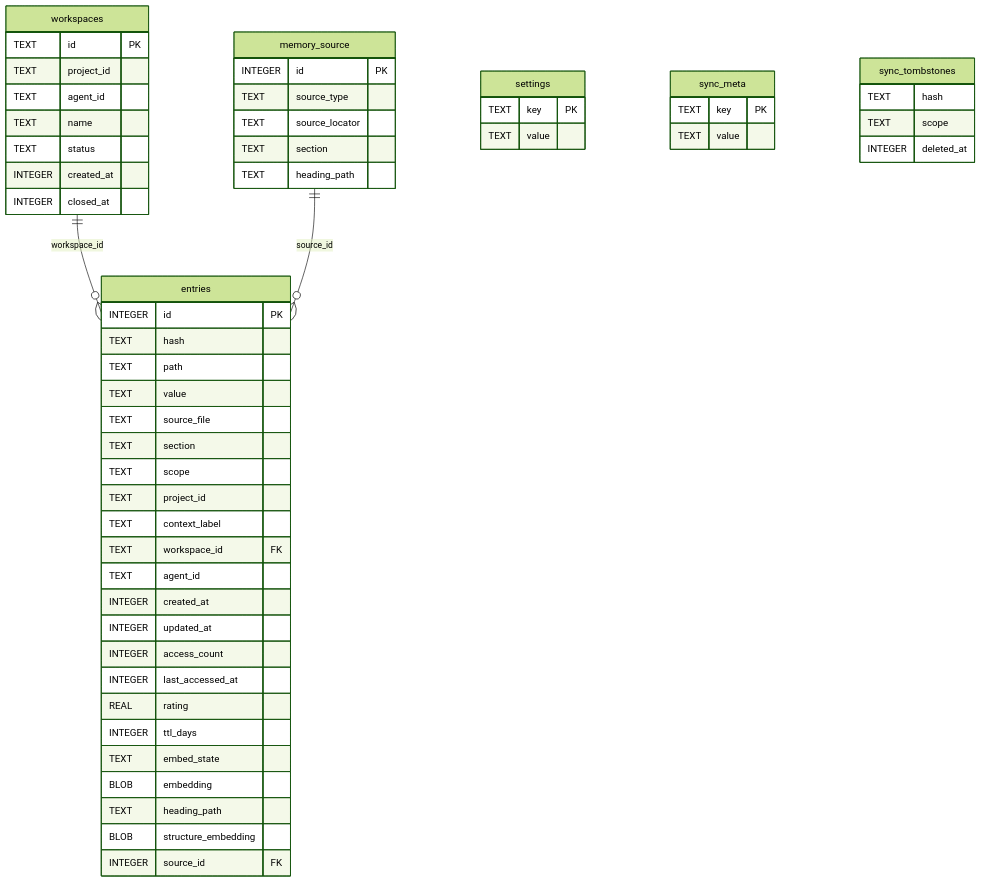
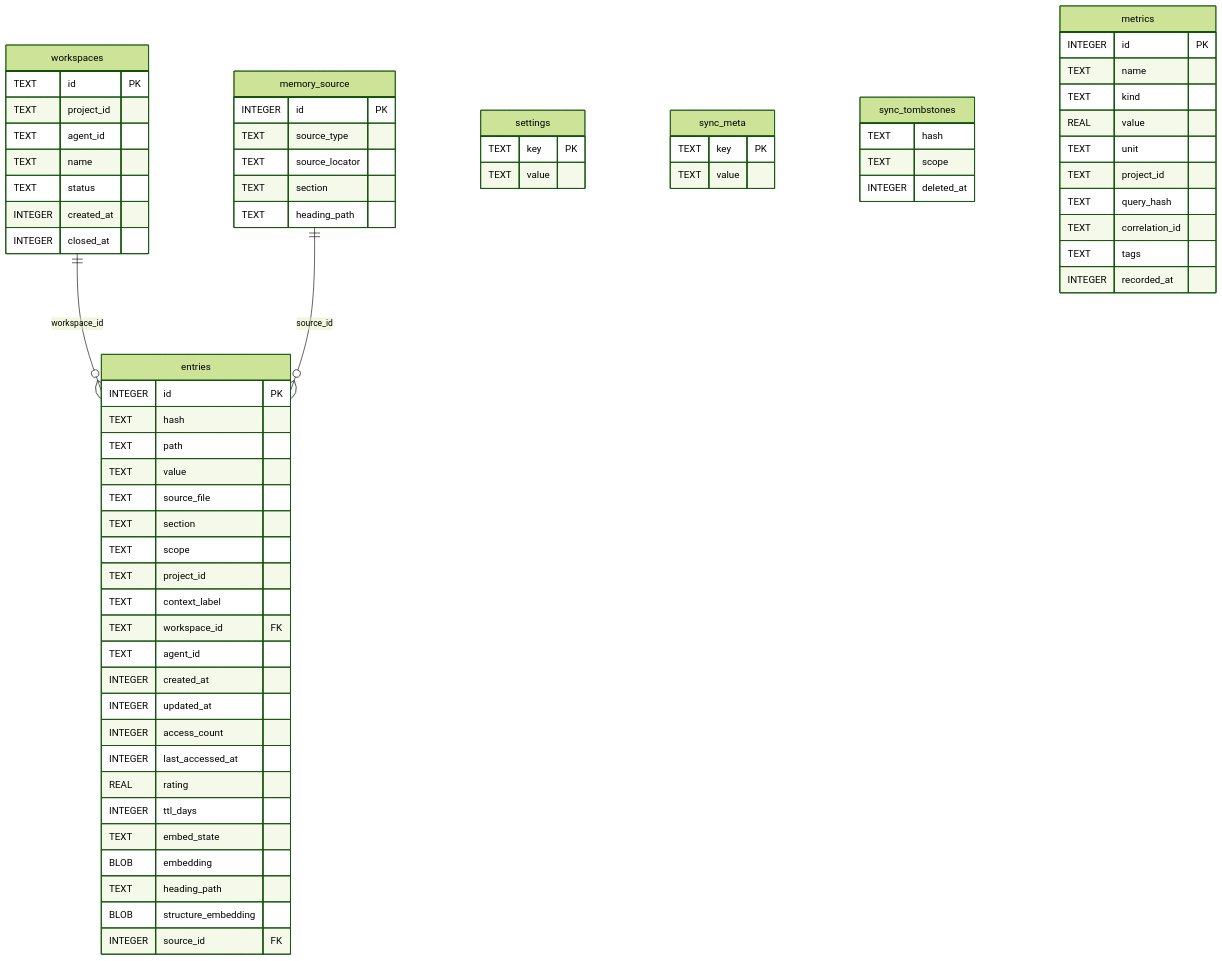
One commit to Arasz/ai-raccoon changed the first of 7 diagrams in docs/explanation/architecture.md. Above: the diagram before and after it, drawn with Mermaid (forest theme). The commit also changed other lines of this file and 9 other files, not shown here.

````diff
--- a/docs/explanation/architecture.md
+++ b/docs/explanation/architecture.md
@@ -16,64 +16,77 @@
 ```mermaid
 erDiagram
     workspaces {
         TEXT id PK
         TEXT project_id
         TEXT agent_id
         TEXT name
         TEXT status
         INTEGER created_at
         INTEGER closed_at
     }
 
     entries {
         INTEGER id PK
         TEXT hash
         TEXT path
         TEXT value
         TEXT source_file
         TEXT section
         TEXT scope
         TEXT project_id
         TEXT context_label
         TEXT workspace_id FK
         TEXT agent_id
         INTEGER created_at
         INTEGER updated_at
         INTEGER access_count
         INTEGER last_accessed_at
         REAL rating
         INTEGER ttl_days
         TEXT embed_state
         BLOB embedding
         TEXT heading_path
         BLOB structure_embedding
         INTEGER source_id FK
     }
 
     memory_source {
         INTEGER id PK
         TEXT source_type
         TEXT source_locator
         TEXT section
         TEXT heading_path
     }
 
     settings {
         TEXT key PK
         TEXT value
     }
 
     sync_meta {
         TEXT key PK
         TEXT value
     }
 
     sync_tombstones {
         TEXT hash
         TEXT scope
         INTEGER deleted_at
     }
 
+    metrics {
+        INTEGER id PK
+        TEXT name
+        TEXT kind
+        REAL value
+        TEXT unit
+        TEXT project_id
+        TEXT query_hash
+        TEXT correlation_id
+        TEXT tags
+        INTEGER recorded_at
+    }
+
     workspaces ||--o{ entries : "workspace_id"
     memory_source ||--o{ entries : "source_id"
 ```
````
